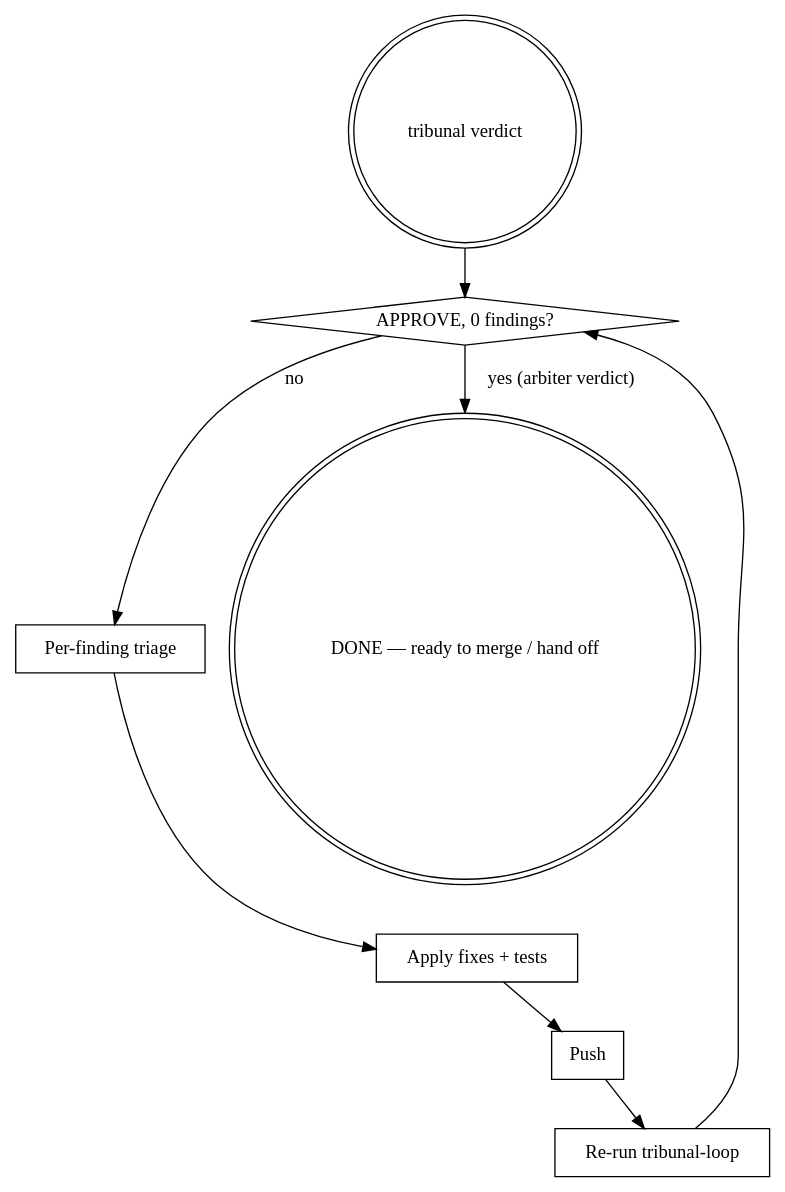
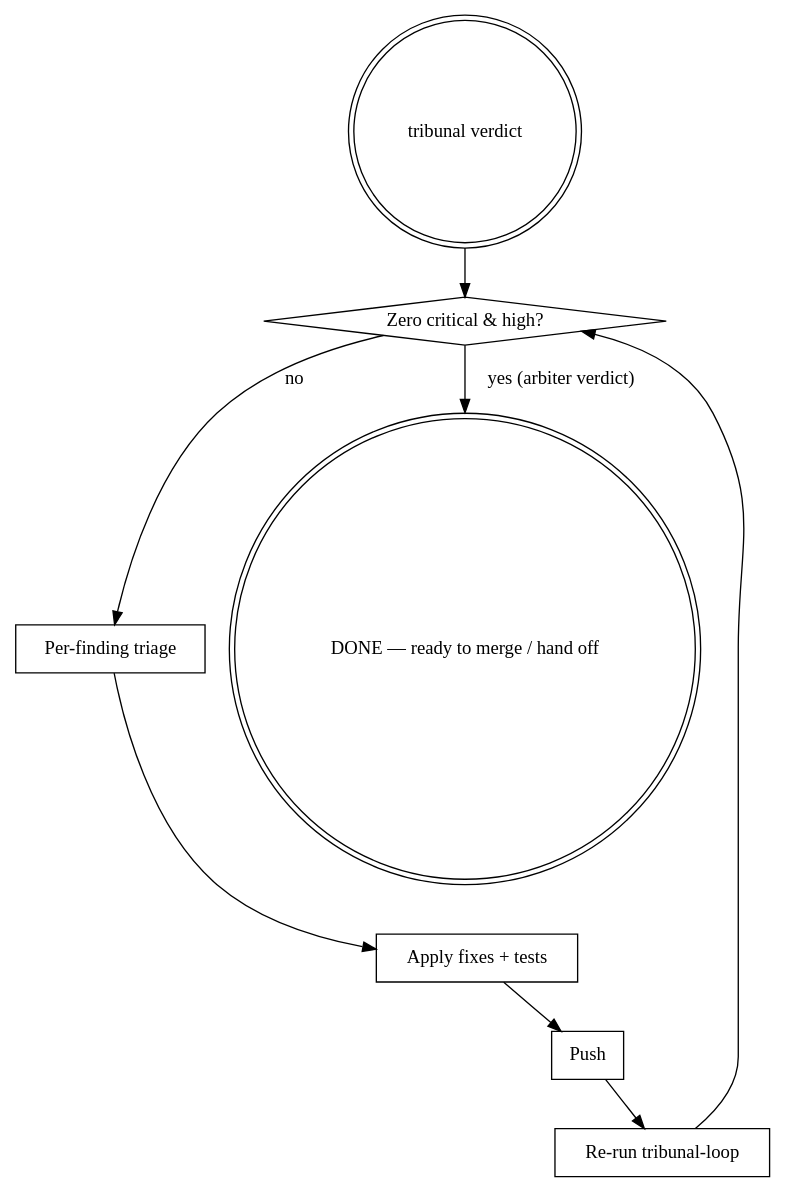
One commit to paat/claude-plugins changed the diagram in plugins/tribunal-review/skills/closing-tribunal-loop/SKILL.md. Above: the diagram before and after it, drawn with Graphviz. The commit also changed other lines of this file, not shown here.

Commit message:
fix(tribunal-review): sync closing-loop diagram + prose with zero crit/high stop condition (#951)
Claude-Session: https://claude.ai/code/session_016zBgBwPwYPufKPTAF2x2Kp

````diff
--- a/plugins/tribunal-review/skills/closing-tribunal-loop/SKILL.md
+++ b/plugins/tribunal-review/skills/closing-tribunal-loop/SKILL.md
@@ -27,19 +27,19 @@
 ```dot
 digraph close_tribunal {
     "tribunal verdict" [shape=doublecircle];
-    "APPROVE, 0 findings?" [shape=diamond];
+    "Zero critical & high?" [shape=diamond];
     "Per-finding triage" [shape=box];
     "Apply fixes + tests" [shape=box];
     "Push" [shape=box];
     "Re-run tribunal-loop" [shape=box];
     "DONE — ready to merge / hand off" [shape=doublecircle];
 
-    "tribunal verdict" -> "APPROVE, 0 findings?";
-    "APPROVE, 0 findings?" -> "DONE — ready to merge / hand off" [label="yes (arbiter verdict)"];
-    "APPROVE, 0 findings?" -> "Per-finding triage" [label="no"];
+    "tribunal verdict" -> "Zero critical & high?";
+    "Zero critical & high?" -> "DONE — ready to merge / hand off" [label="yes (arbiter verdict)"];
+    "Zero critical & high?" -> "Per-finding triage" [label="no"];
     "Per-finding triage" -> "Apply fixes + tests";
     "Apply fixes + tests" -> "Push";
     "Push" -> "Re-run tribunal-loop";
-    "Re-run tribunal-loop" -> "APPROVE, 0 findings?";
+    "Re-run tribunal-loop" -> "Zero critical & high?";
 }
 ```
````
